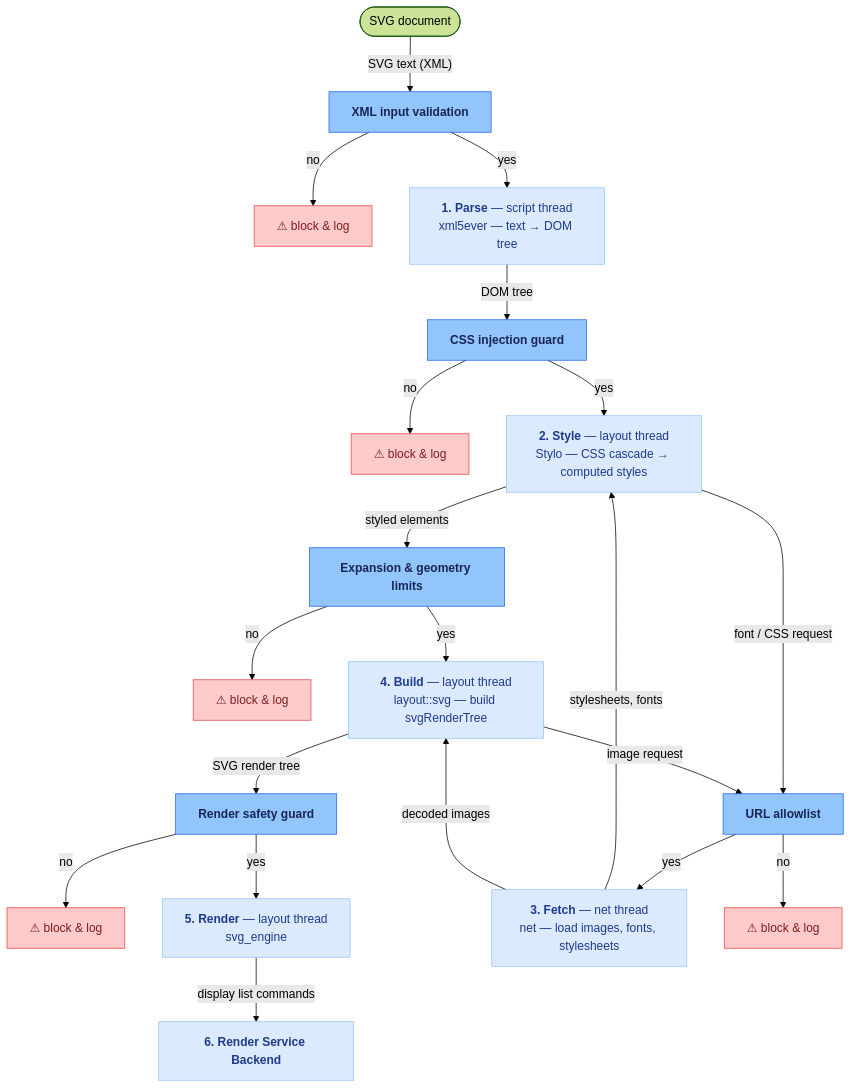
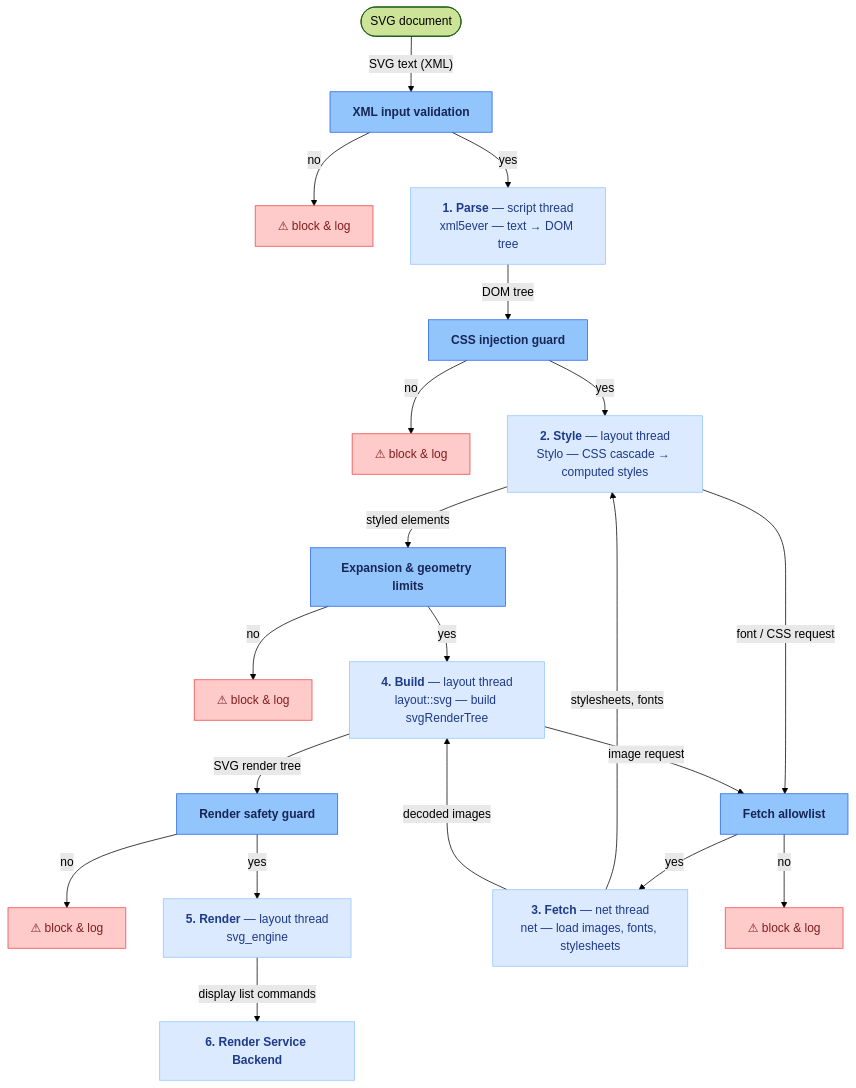
The diagram in components/svg_engine/security.md (mu-mostafa98/servo), drawn with Mermaid (forest theme) before and after one commit. The commit also changed other lines of this file, not shown here.

````diff
--- a/components/svg_engine/security.md
+++ b/components/svg_engine/security.md
@@ -3,43 +3,43 @@
 ```mermaid
 flowchart TD
     IN(["SVG document"]) -->|"SVG text (XML)"| SEC1["<b>XML input validation</b>"]
     SEC1 -->|"no"| WARN1["⚠ block & log"]
     SEC1 -->|"yes"| PARSE
 
     PARSE["<b>1. Parse</b> — script thread<br/>xml5ever — text → DOM tree"]
     PARSE -->|"DOM tree"| SEC2["<b>CSS injection guard</b>"]
     SEC2 -->|"no"| WARN2["⚠ block & log"]
     SEC2 -->|"yes"| STYLE
 
     STYLE["<b>2. Style</b> — layout thread<br/>Stylo — CSS cascade → computed styles"]
     STYLE -->|"styled elements"| SEC4["<b>Expansion & geometry limits</b>"]
     SEC4 -->|"no"| WARN4["⚠ block & log"]
     SEC4 -->|"yes"| BUILD
 
     BUILD["<b>4. Build</b> — layout thread<br/>layout::svg — build svgRenderTree"]
     BUILD -->|"SVG render tree"| SEC5["<b>Render safety guard</b>"]
     SEC5 -->|"no"| WARN5["⚠ block & log"]
     SEC5 -->|"yes"| RENDER
 
     RENDER["<b>5. Render</b> — layout thread<br/>svg_engine"]
     RENDER -->|"display list commands"| BACKEND
 
     BACKEND["<b>6. Render Service Backend</b>"]
 
-    STYLE -->|"font / CSS request"| SEC3["<b>URL allowlist</b>"]
+    STYLE -->|"font / CSS request"| SEC3["<b>Fetch allowlist</b>"]
     BUILD -->|"image request"| SEC3
     SEC3 -->|"yes"| FETCH
     SEC3 -->|"no"| WARN3["⚠ block & log"]
 
     FETCH["<b>3. Fetch</b> — net thread<br/>net — load images, fonts, stylesheets"]
     FETCH -->|"stylesheets, fonts"| STYLE
     FETCH -->|"decoded images"| BUILD
 
     classDef stage fill:#dbeafe,stroke:#93c5fd,color:#1e3a8a;
     classDef guard fill:#93c5fd,stroke:#2563eb,color:#172554;
     classDef warn fill:#fecaca,stroke:#ef4444,color:#7f1d1d;
 
     class PARSE,STYLE,BUILD,RENDER,BACKEND,FETCH stage;
     class SEC1,SEC2,SEC3,SEC4,SEC5 guard;
     class WARN1,WARN2,WARN3,WARN4,WARN5 warn;
 ```
````
